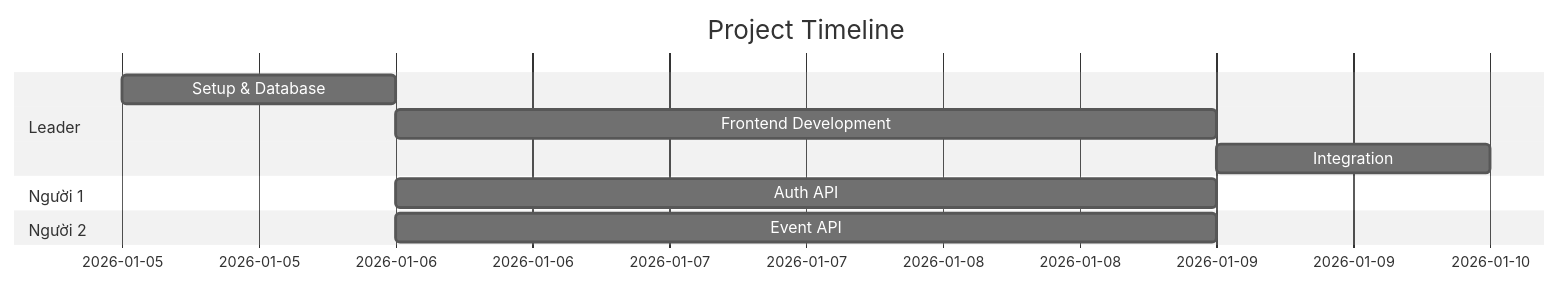
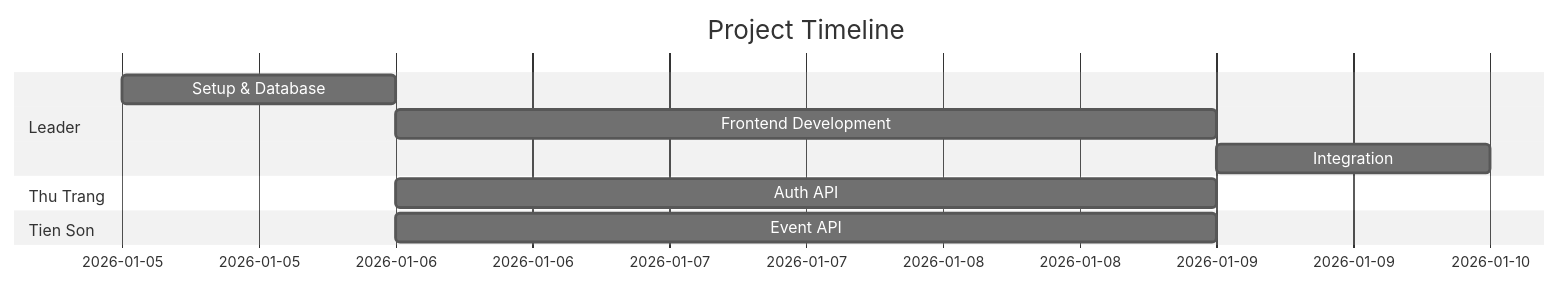
The first of 3 diagrams in docs/TEAM_OVERVIEW.md (GiangQuan/warm-calendar), drawn with Mermaid (neutral theme) before and after one commit. The commit also changed other lines of this file and 6 other files, not shown here.

````diff
--- a/docs/TEAM_OVERVIEW.md
+++ b/docs/TEAM_OVERVIEW.md
@@ -14,13 +14,13 @@
 ```mermaid
 gantt
     title Project Timeline
     dateFormat  YYYY-MM-DD
     section Leader
     Setup & Database       :a1, 2026-01-05, 1d
     Frontend Development   :a2, 2026-01-06, 3d
     Integration            :a3, 2026-01-09, 1d
-    section Người 1
+    section Thu Trang
     Auth API               :b1, 2026-01-06, 3d
-    section Người 2
+    section Tien Son
     Event API              :c1, 2026-01-06, 3d
 ```
````
